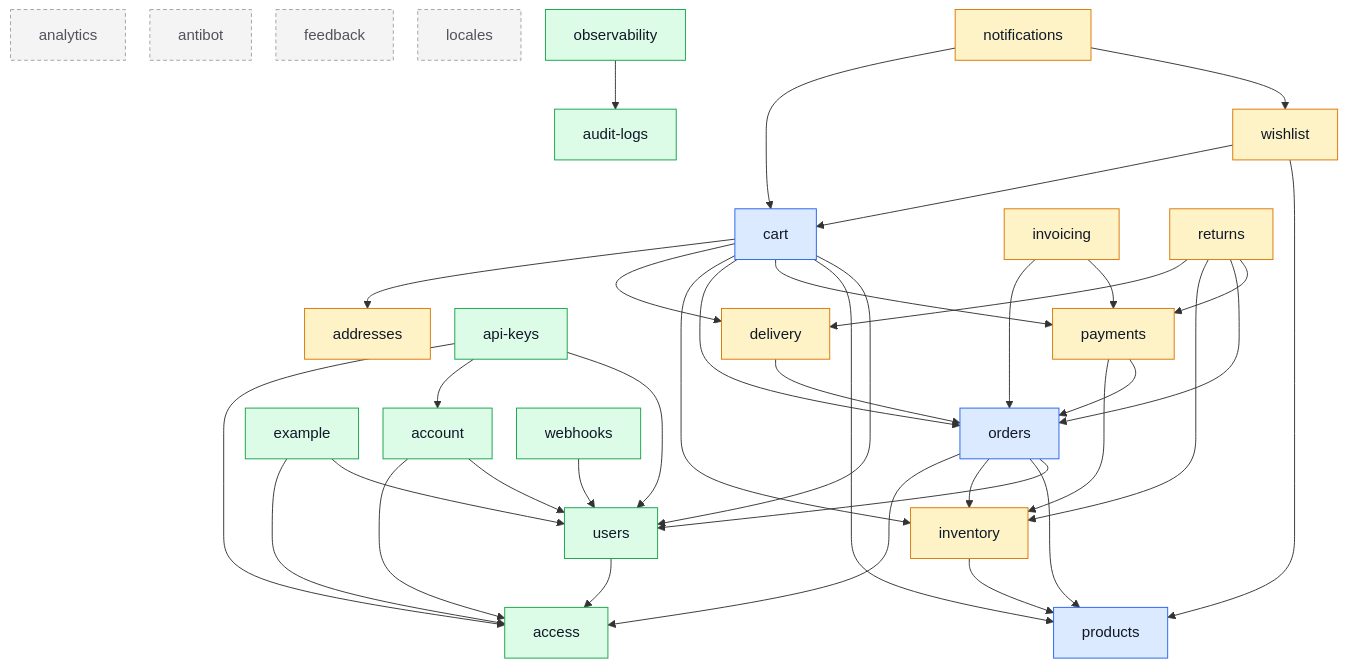
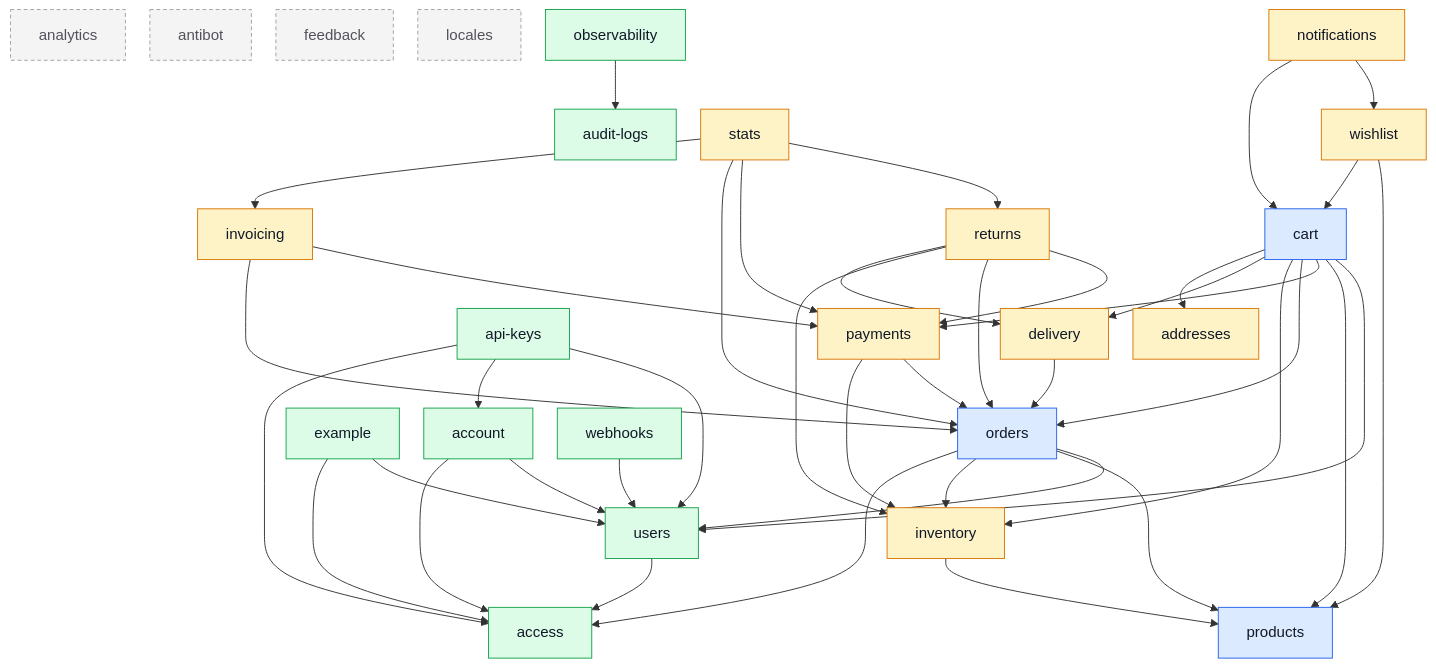
Before and after one commit to Guebbit/boilerplate-node-backend: the diagram in docs/modules/index.md, drawn with Mermaid. The commit also changed other lines of this file and 56 other files, not shown here.

````diff
--- a/docs/modules/index.md
+++ b/docs/modules/index.md
@@ -40,72 +40,77 @@
 ```mermaid
 %%{init: {'flowchart': {'nodeSpacing': 26, 'rankSpacing': 52}}}%%
 flowchart TD
     access
     account
     addresses
     analytics
     antibot
     api_keys["api-keys"]
     audit_logs["audit-logs"]
     cart
     delivery
     example
     feedback
     inventory
     invoicing
     locales
     notifications
     observability
     orders
     payments
     products
     returns
+    stats
     users
     webhooks
     wishlist
 
     account --> access
     account --> users
     api_keys --> access
     api_keys --> account
     api_keys --> users
     cart --> addresses
     cart --> delivery
     cart --> inventory
     cart --> orders
     cart --> payments
     cart --> products
     cart --> users
     delivery --> orders
     example --> access
     example --> users
     inventory --> products
     invoicing --> orders
     invoicing --> payments
     notifications --> cart
     notifications --> wishlist
     observability --> audit_logs
     orders --> access
     orders --> inventory
     orders --> products
     orders --> users
     payments --> inventory
     payments --> orders
     returns --> delivery
     returns --> inventory
     returns --> orders
     returns --> payments
+    stats --> invoicing
+    stats --> orders
+    stats --> payments
+    stats --> returns
     users --> access
     webhooks --> users
     wishlist --> cart
     wishlist --> products
 
     classDef core fill:#dbeafe,stroke:#2563eb,color:#111827;
     classDef supporting fill:#fef3c7,stroke:#d97706,color:#111827;
     classDef generic fill:#dcfce7,stroke:#16a34a,color:#111827;
     classDef isolated fill:#f4f4f5,stroke:#a1a1aa,color:#52525b,stroke-dasharray:4 3;
     class cart,orders,products core;
-    class addresses,delivery,inventory,invoicing,notifications,payments,returns,wishlist supporting;
+    class addresses,delivery,inventory,invoicing,notifications,payments,returns,stats,wishlist supporting;
     class access,account,api_keys,audit_logs,example,observability,users,webhooks generic;
     class analytics,antibot,feedback,locales isolated;
 ```
````
